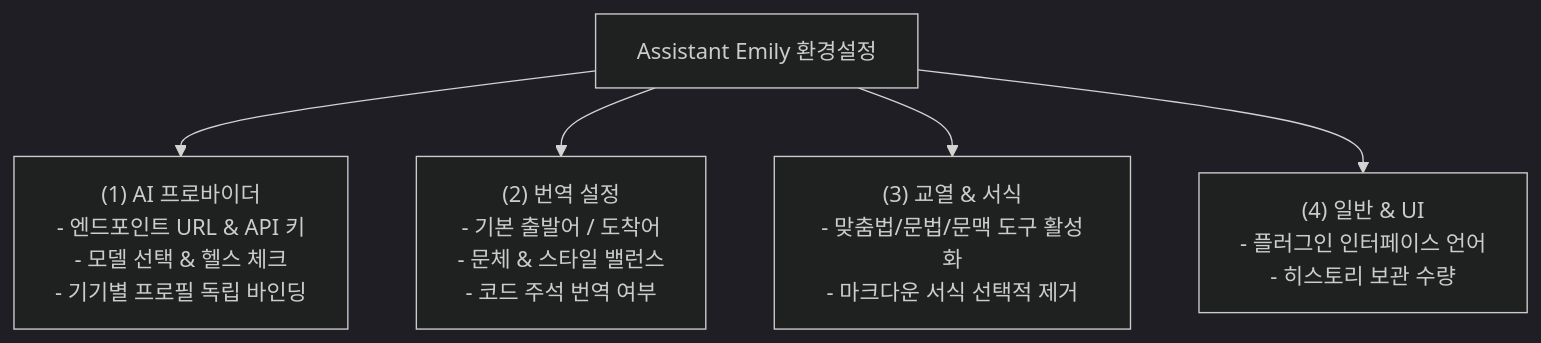
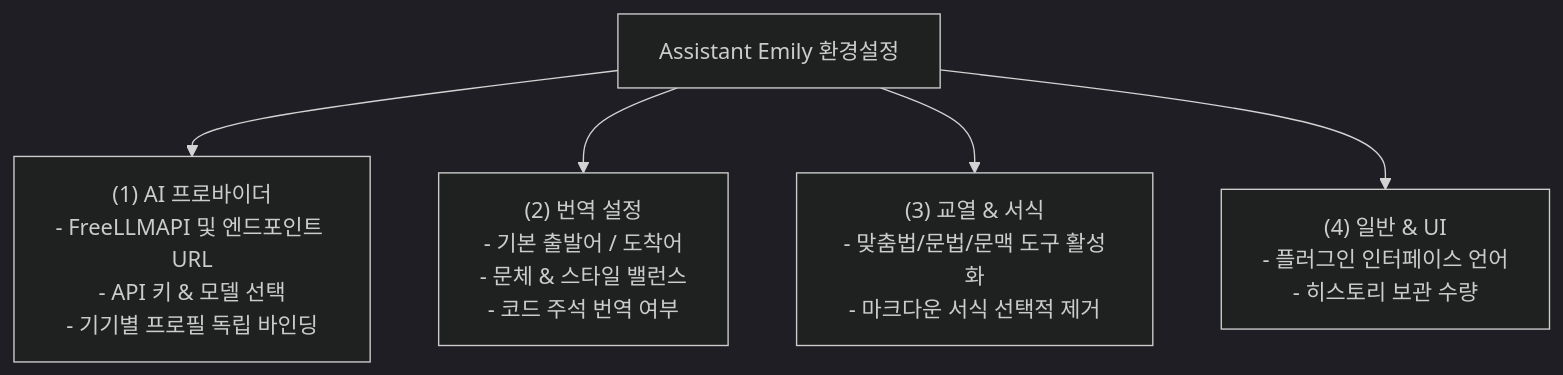
The first of 2 diagrams in docs/02-ai-providers-setup.md (sparklings/emily), drawn with Mermaid (dark theme) before and after one commit. The commit also changed other lines of this file and 8 other files, not shown here.

Commit message:
docs: establish FreeLLMAPI as primary AI backend across all documentation

````diff
--- a/docs/02-ai-providers-setup.md
+++ b/docs/02-ai-providers-setup.md
@@ -25,13 +24,13 @@
 ```mermaid
 flowchart TD
     Root["Assistant Emily 환경설정"]
-    T1["(1) AI 프로바이더<br/>- 엔드포인트 URL & API 키<br/>- 모델 선택 & 헬스 체크<br/>- 기기별 프로필 독립 바인딩"]
+    T1["(1) AI 프로바이더<br/>- FreeLLMAPI 및 엔드포인트 URL<br/>- API 키 & 모델 선택<br/>- 기기별 프로필 독립 바인딩"]
     T2["(2) 번역 설정<br/>- 기본 출발어 / 도착어<br/>- 문체 & 스타일 밸런스<br/>- 코드 주석 번역 여부"]
     T3["(3) 교열 & 서식<br/>- 맞춤법/문법/문맥 도구 활성화<br/>- 마크다운 서식 선택적 제거"]
     T4["(4) 일반 & UI<br/>- 플러그인 인터페이스 언어<br/>- 히스토리 보관 수량"]
 
     Root --> T1
     Root --> T2
     Root --> T3
     Root --> T4
 ```
````
